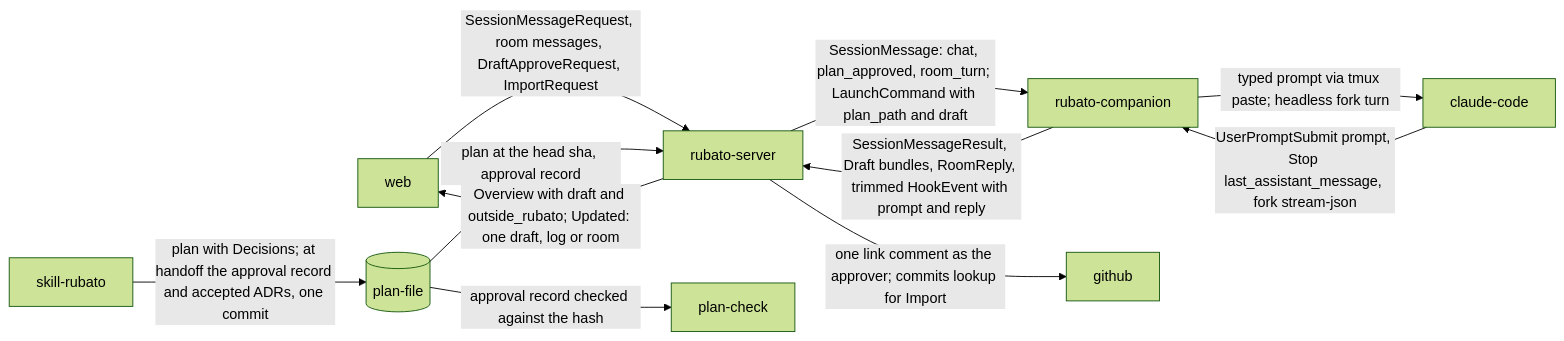
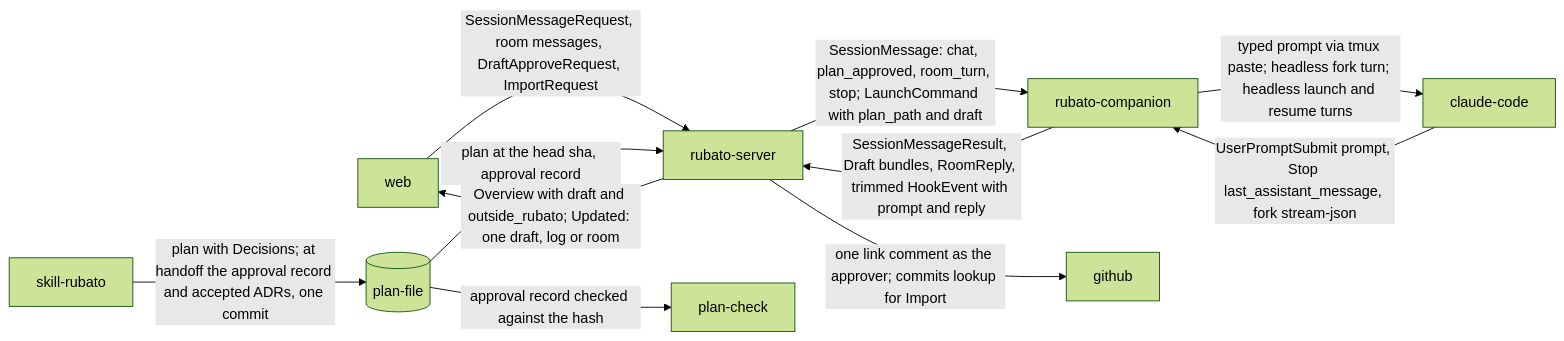
The diagram in docs/plans/122.md (m0x6A/rubato), drawn with Mermaid (forest theme) before and after one commit. The commit also changed other lines of this file and 2 other files, not shown here.

First line of the commit message:
Plan #122: agent-only clients (#138) as PR 13

````diff
--- a/docs/plans/122.md
+++ b/docs/plans/122.md
@@ -235,13 +272,13 @@
 ```mermaid
 flowchart LR
   web -- "SessionMessageRequest, room messages, DraftApproveRequest, ImportRequest" --> srv[rubato-server]
   srv -- "Overview with draft and outside_rubato; Updated: one draft, log or room" --> web
-  srv -- "SessionMessage: chat, plan_approved, room_turn; LaunchCommand with plan_path and draft" --> comp[rubato-companion]
+  srv -- "SessionMessage: chat, plan_approved, room_turn, stop; LaunchCommand with plan_path and draft" --> comp[rubato-companion]
   comp -- "SessionMessageResult, Draft bundles, RoomReply, trimmed HookEvent with prompt and reply" --> srv
-  comp -- "typed prompt via tmux paste; headless fork turn" --> cc[claude-code]
+  comp -- "typed prompt via tmux paste; headless fork turn; headless launch and resume turns" --> cc[claude-code]
   cc -- "UserPromptSubmit prompt, Stop last_assistant_message, fork stream-json" --> comp
   skill[skill-rubato] -- "plan with Decisions; at handoff the approval record and accepted ADRs, one commit" --> pf[(plan-file)]
   pf -- "plan at the head sha, approval record" --> srv
   srv -- "one link comment as the approver; commits lookup for Import" --> gh[github]
   pf -- "approval record checked against the hash" --> pc[plan-check]
 ```
````
